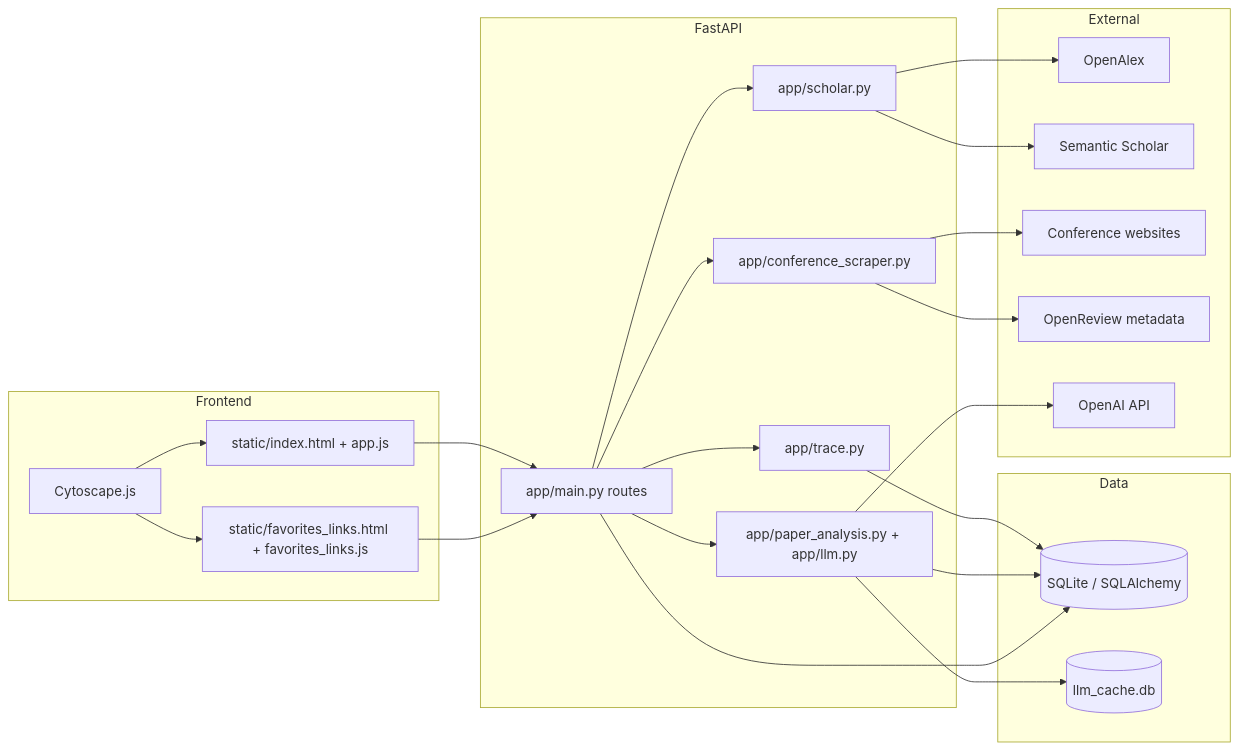
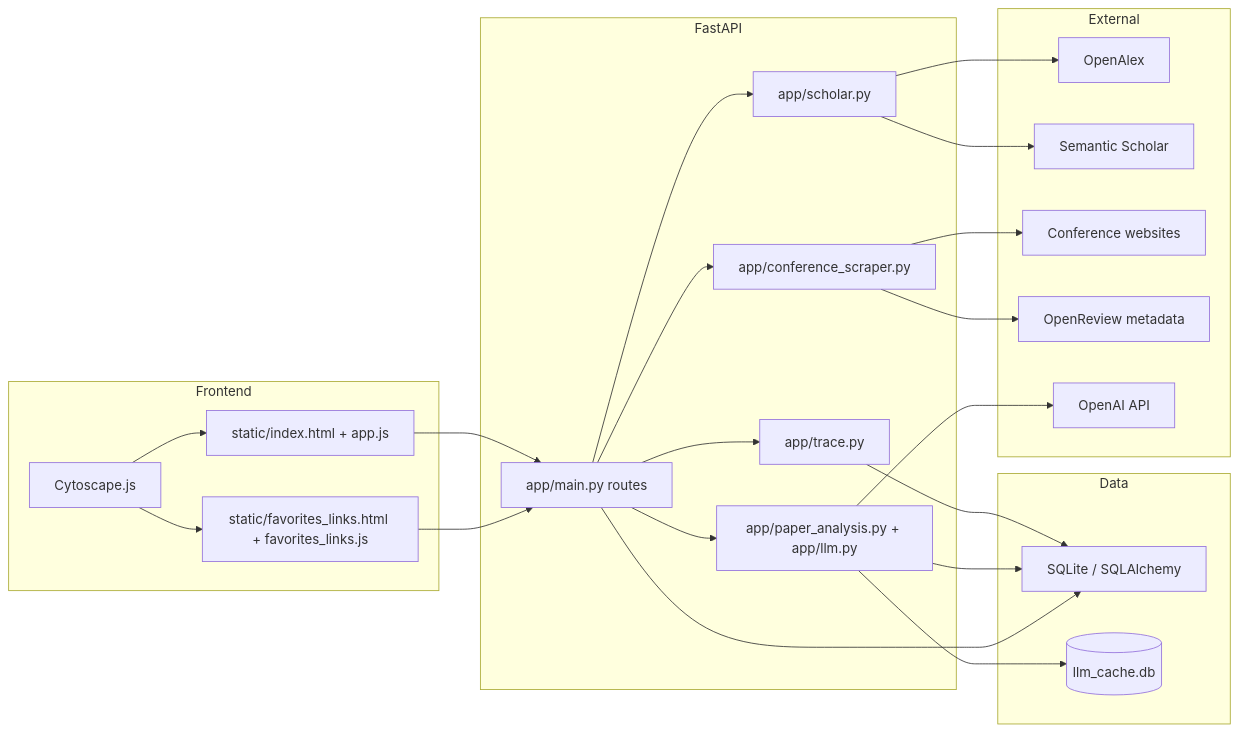
One commit to Mayaaa311/PaperLineage changed the seventh of 9 diagrams in README.md. Above: the diagram before and after it, drawn with Mermaid. The commit also changed other lines of this file and 4 other files, not shown here.

````diff
--- a/README.md
+++ b/README.md
@@ -150,48 +150,48 @@
 ```mermaid
 flowchart LR
   subgraph Frontend
-    UI1[static/index.html + app.js]
-    UI2[static/favorites_links.html + favorites_links.js]
-    CY[Cytoscape.js]
+    UI1["static/index.html + app.js"]
+    UI2["static/favorites_links.html + favorites_links.js"]
+    CY["Cytoscape.js"]
   end
 
-  subgraph Backend[FastAPI]
-    API[app/main.py routes]
-    TRACE[app/trace.py]
-    ANALYSIS[app/paper_analysis.py + app/llm.py]
-    SCRAPE[app/conference_scraper.py]
-    SCHOLAR[app/scholar.py]
+  subgraph Backend["FastAPI"]
+    API["app/main.py routes"]
+    TRACE["app/trace.py"]
+    ANALYSIS["app/paper_analysis.py + app/llm.py"]
+    SCRAPE["app/conference_scraper.py"]
+    SCHOLAR["app/scholar.py"]
   end
 
   subgraph Data
-    DB[(SQLite / SQLAlchemy)]
+    DB["SQLite / SQLAlchemy"]
     LLMDB[(llm_cache.db)]
   end
 
   subgraph External
-    OA[OpenAlex]
-    S2[Semantic Scholar]
-    CONF[Conference websites]
-    OR[OpenReview metadata]
-    GPT[OpenAI API]
+    OA["OpenAlex"]
+    S2["Semantic Scholar"]
+    CONF["Conference websites"]
+    OR["OpenReview metadata"]
+    GPT["OpenAI API"]
   end
 
   UI1 --> API
   UI2 --> API
   API --> TRACE
   API --> ANALYSIS
   API --> SCRAPE
   API --> SCHOLAR
   TRACE --> DB
   ANALYSIS --> DB
   API --> DB
   ANALYSIS --> LLMDB
 
   SCHOLAR --> OA
   SCHOLAR --> S2
   SCRAPE --> CONF
   SCRAPE --> OR
   ANALYSIS --> GPT
   CY --> UI1
   CY --> UI2
 ```
````
